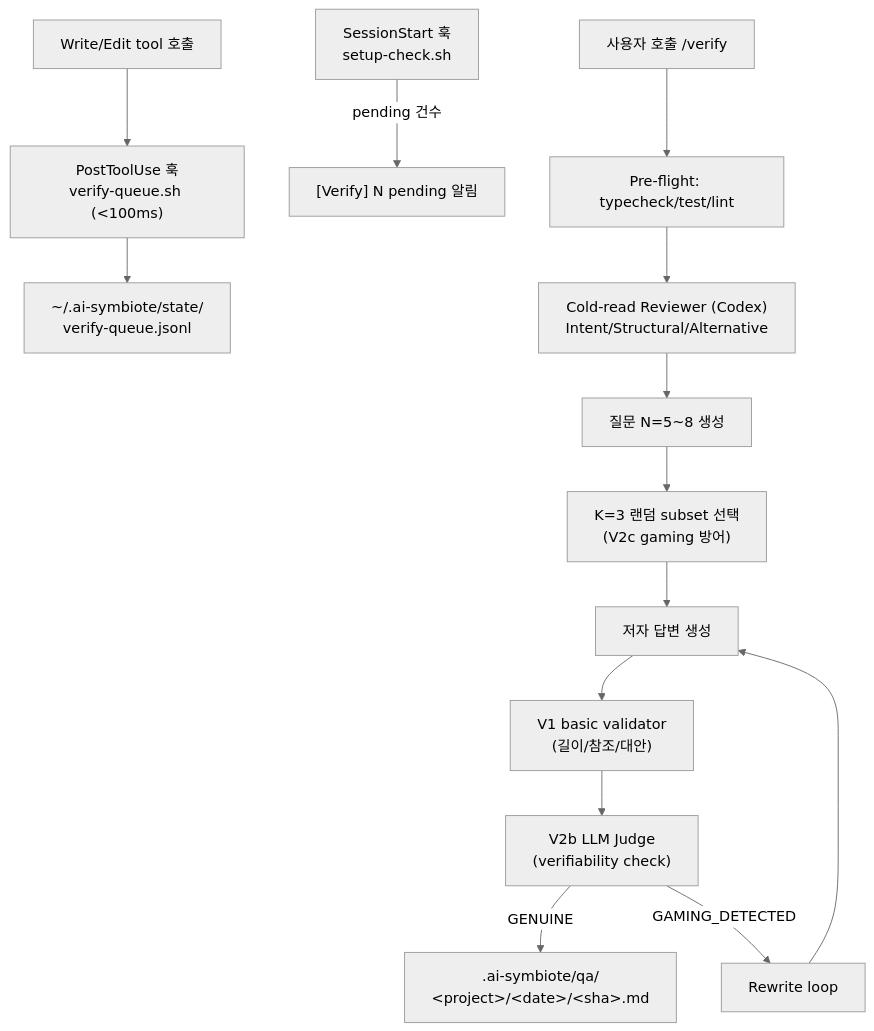
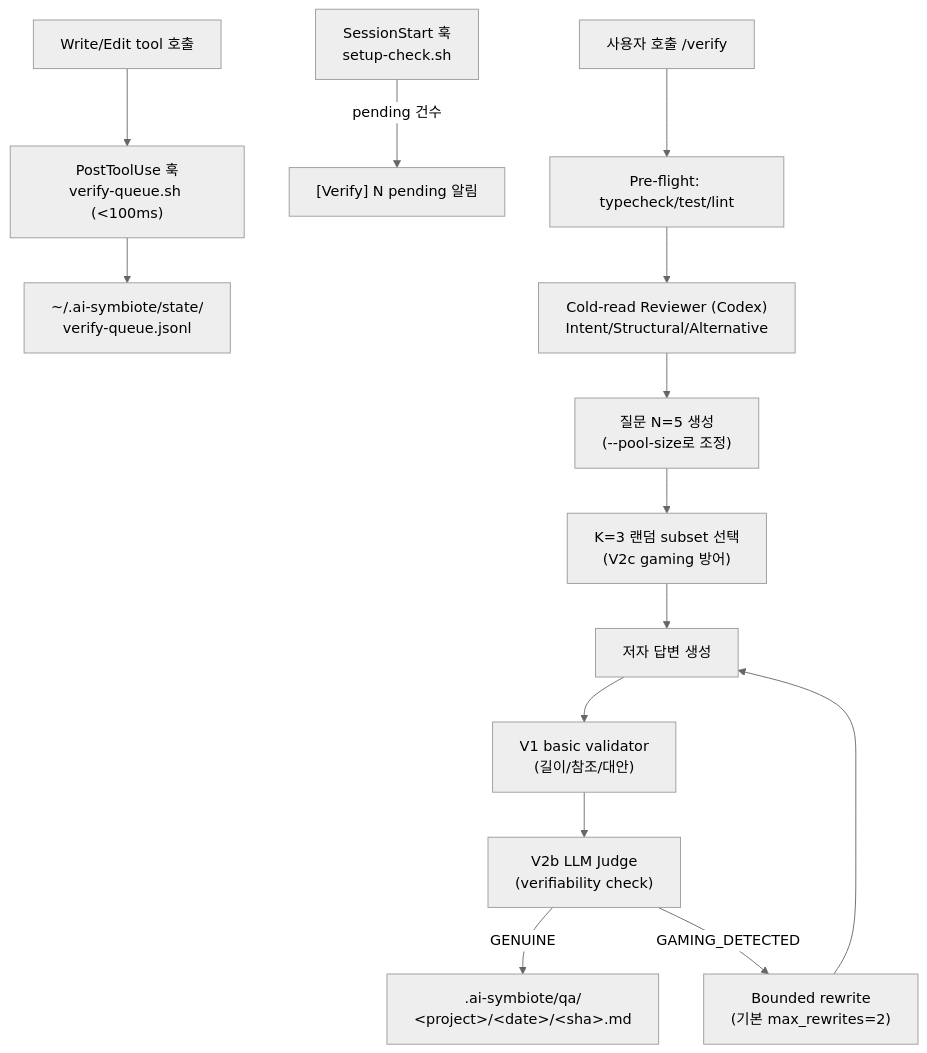
Before and after one commit to Jimmy-Jung/ai-symbiote: the third of 3 diagrams in docs/02-아키텍처.md, drawn with Mermaid (neutral theme). The commit also changed other lines of this file and 3 other files, not shown here.

````diff
--- a/docs/02-아키텍처.md
+++ b/docs/02-아키텍처.md
@@ -72,16 +72,16 @@
 ```mermaid
 flowchart TD
     A["Write/Edit tool 호출"] --> B["PostToolUse 훅<br/>verify-queue.sh (<100ms)"]
     B --> C["~/.ai-symbiote/state/<br/>verify-queue.jsonl"]
     D["SessionStart 훅<br/>setup-check.sh"] -->|pending 건수| E["[Verify] N pending 알림"]
     F["사용자 호출 /verify"] --> G["Pre-flight: typecheck/test/lint"]
     G --> H["Cold-read Reviewer (Codex)<br/>Intent/Structural/Alternative"]
-    H --> I["질문 N=5~8 생성"]
+    H --> I["질문 N=5 생성<br/>(--pool-size로 조정)"]
     I --> J["K=3 랜덤 subset 선택<br/>(V2c gaming 방어)"]
     J --> K["저자 답변 생성"]
     K --> L["V1 basic validator<br/>(길이/참조/대안)"]
     L --> M["V2b LLM Judge<br/>(verifiability check)"]
     M -->|GENUINE| N[".ai-symbiote/qa/<br/>&lt;project&gt;/&lt;date&gt;/&lt;sha&gt;.md"]
-    M -->|GAMING_DETECTED| O["Rewrite loop"]
+    M -->|GAMING_DETECTED| O["Bounded rewrite<br/>(기본 max_rewrites=2)"]
     O --> K
 ```
````
